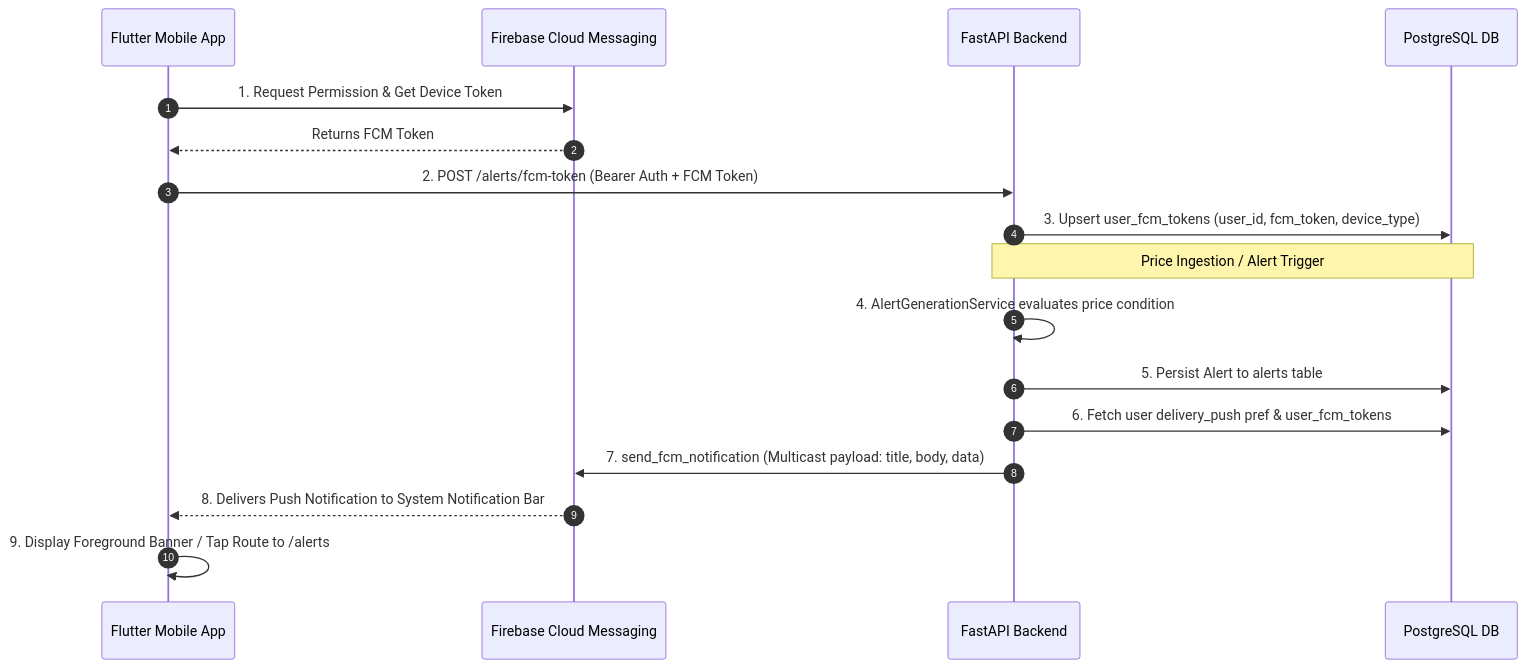
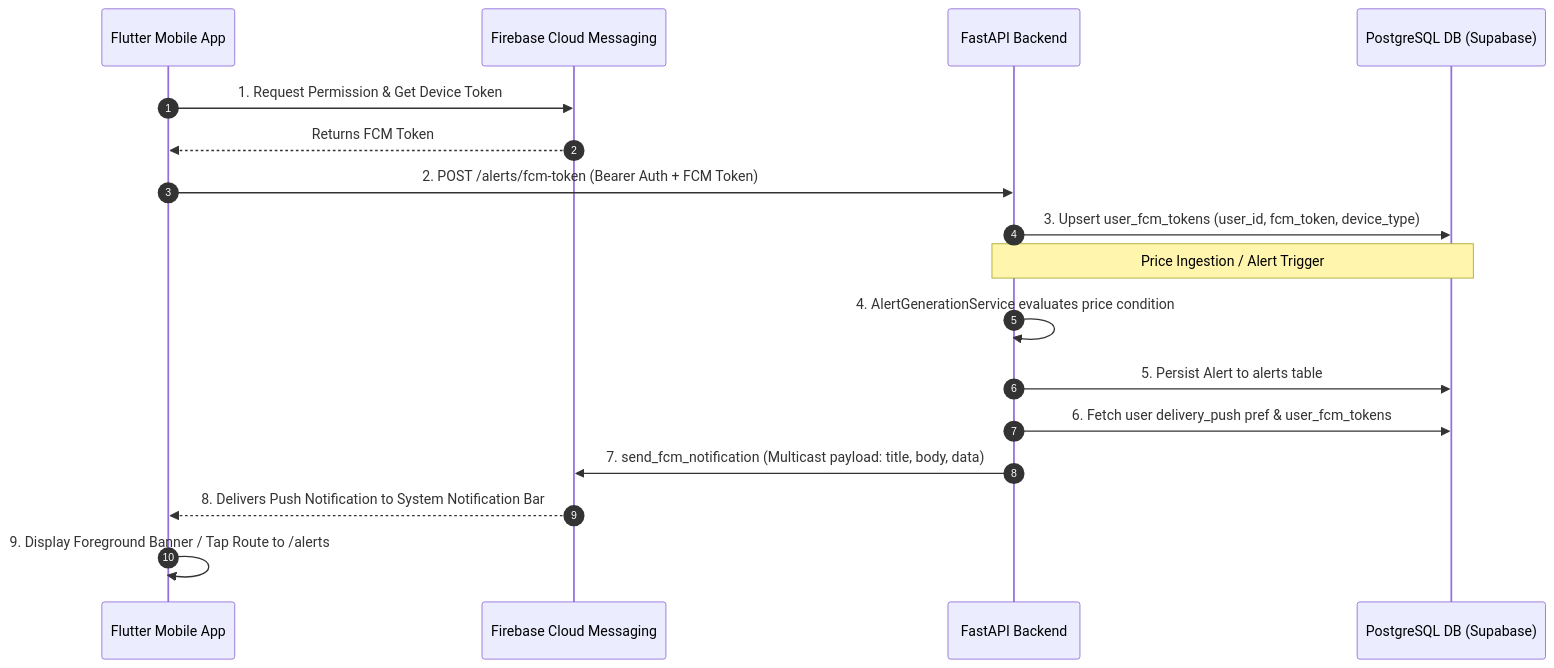
Before and after one commit to Navaneeth832/mandi-intelligence-app: the fourth of 4 diagrams in agent_helper.md, drawn with Mermaid. The commit also changed other lines of this file, not shown here.

````diff
--- a/agent_helper.md
+++ b/agent_helper.md
@@ -526,21 +523,21 @@
 ```mermaid
 sequenceDiagram
     autonumber
     participant App as Flutter Mobile App
     participant FCM as Firebase Cloud Messaging
     participant API as FastAPI Backend
-    participant DB as PostgreSQL DB
+    participant DB as PostgreSQL DB (Supabase)
 
     App->>FCM: 1. Request Permission & Get Device Token
     FCM-->>App: Returns FCM Token
     App->>API: 2. POST /alerts/fcm-token (Bearer Auth + FCM Token)
     API->>DB: 3. Upsert user_fcm_tokens (user_id, fcm_token, device_type)
     
     Note over API,DB: Price Ingestion / Alert Trigger
     API->>API: 4. AlertGenerationService evaluates price condition
     API->>DB: 5. Persist Alert to alerts table
     API->>DB: 6. Fetch user delivery_push pref & user_fcm_tokens
     API->>FCM: 7. send_fcm_notification (Multicast payload: title, body, data)
     FCM-->>App: 8. Delivers Push Notification to System Notification Bar
     App->>App: 9. Display Foreground Banner / Tap Route to /alerts
 ```
````
